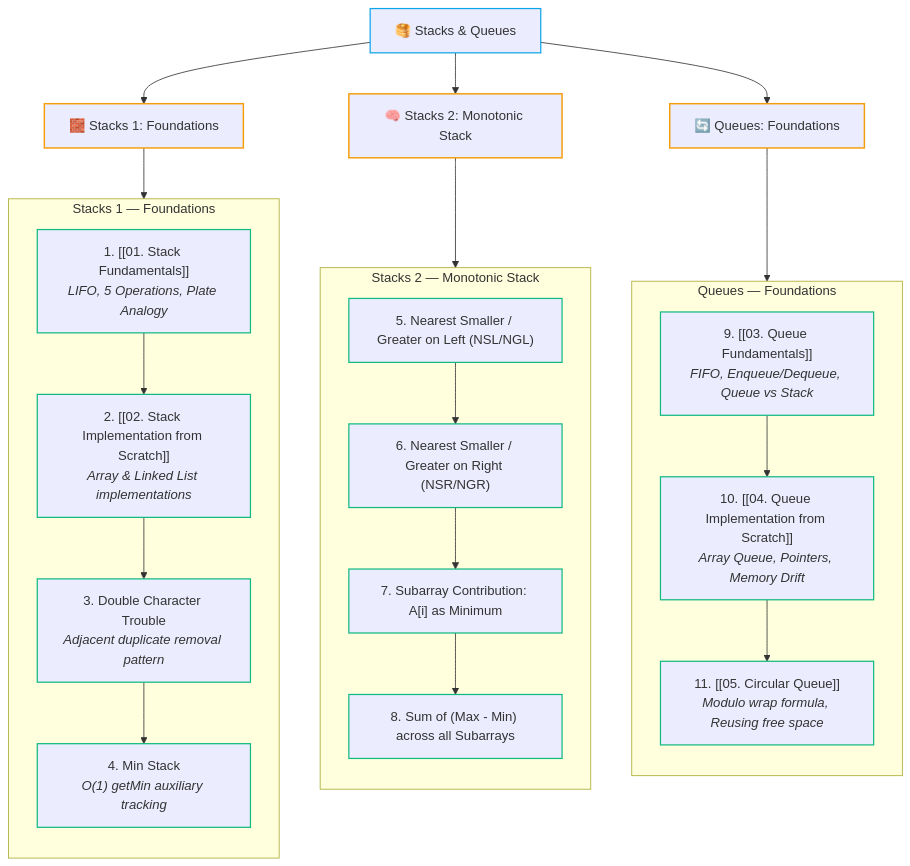
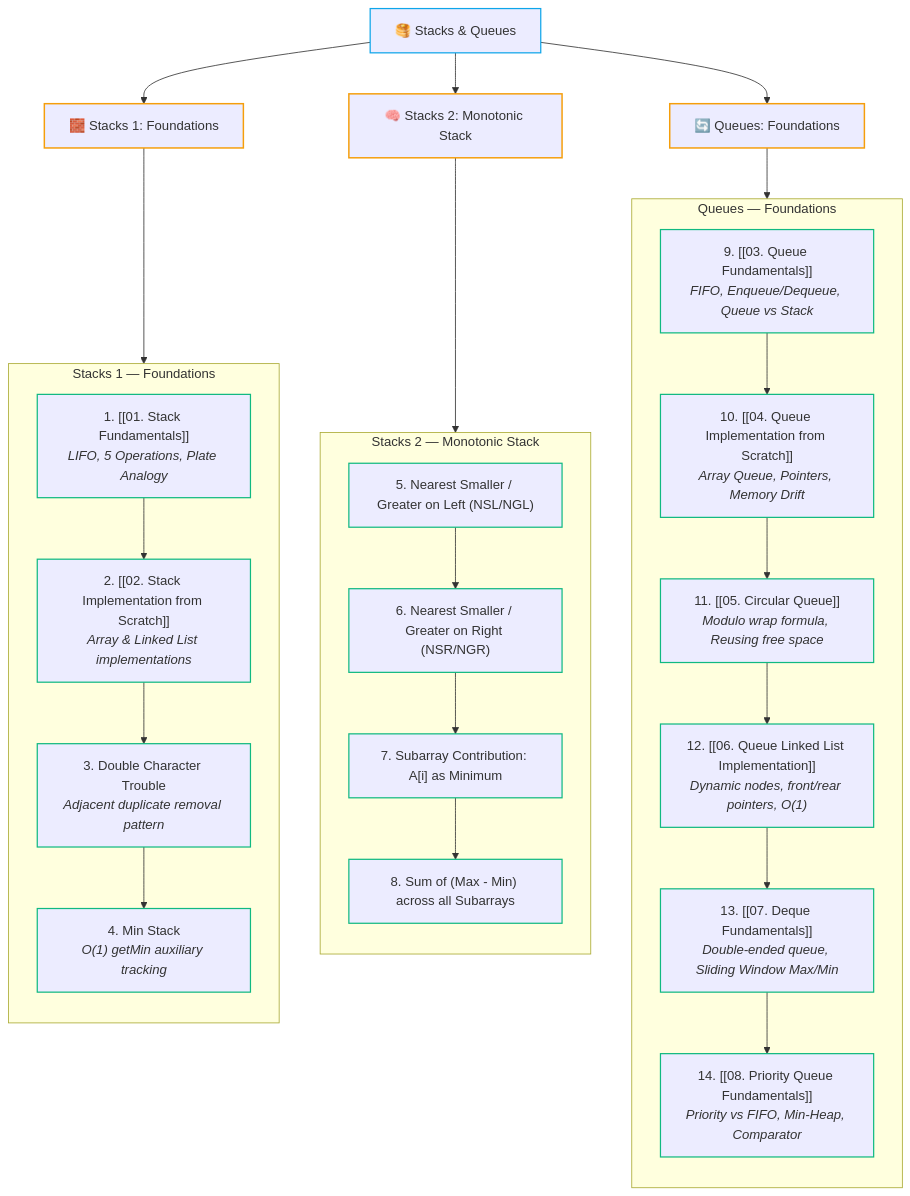
Before and after one commit to abhinavbharti2345/CS_Notes: the diagram in CS/DSA/06. Stacks & Queues/00. Stacks & Queues Core.md, drawn with Mermaid. The commit also changed other lines of this file and 4 other files, not shown here.

Commit message:
feat: add stack and queue core notes and queue fundamentals to vault

````diff
--- a/CS/DSA/06. Stacks & Queues/00. Stacks & Queues Core.md
+++ b/CS/DSA/06. Stacks & Queues/00. Stacks & Queues Core.md
@@ -23,43 +23,46 @@
 ```mermaid
 flowchart TD
     SQ["🥞 Stacks & Queues"] --> S1["🧱 Stacks 1: Foundations"]
     SQ --> S2["🧠 Stacks 2: Monotonic Stack"]
     SQ --> Q1["🔄 Queues: Foundations"]
 
     subgraph S1_Flow ["Stacks 1 — Foundations"]
         direction TB
         F1["1. [[01. Stack Fundamentals]]<br/><i>LIFO, 5 Operations, Plate Analogy</i>"]
         F2["2. [[02. Stack Implementation from Scratch]]<br/><i>Array & Linked List implementations</i>"]
         F3["3. Double Character Trouble<br/><i>Adjacent duplicate removal pattern</i>"]
         F4["4. Min Stack<br/><i>O(1) getMin auxiliary tracking</i>"]
         F1 --> F2 --> F3 --> F4
     end
 
     subgraph S2_Flow ["Stacks 2 — Monotonic Stack"]
         direction TB
         M1["5. Nearest Smaller / Greater on Left (NSL/NGL)"]
         M2["6. Nearest Smaller / Greater on Right (NSR/NGR)"]
         M3["7. Subarray Contribution: A[i] as Minimum"]
         M4["8. Sum of (Max - Min) across all Subarrays"]
         M1 --> M2 --> M3 --> M4
     end
 
     subgraph Q1_Flow ["Queues — Foundations"]
         direction TB
         QF1["9. [[03. Queue Fundamentals]]<br/><i>FIFO, Enqueue/Dequeue, Queue vs Stack</i>"]
         QF2["10. [[04. Queue Implementation from Scratch]]<br/><i>Array Queue, Pointers, Memory Drift</i>"]
         QF3["11. [[05. Circular Queue]]<br/><i>Modulo wrap formula, Reusing free space</i>"]
-        QF1 --> QF2 --> QF3
+        QF4["12. [[06. Queue Linked List Implementation]]<br/><i>Dynamic nodes, front/rear pointers, O(1)</i>"]
+        QF5["13. [[07. Deque Fundamentals]]<br/><i>Double-ended queue, Sliding Window Max/Min</i>"]
+        QF6["14. [[08. Priority Queue Fundamentals]]<br/><i>Priority vs FIFO, Min-Heap, Comparator</i>"]
+        QF1 --> QF2 --> QF3 --> QF4 --> QF5 --> QF6
     end
 
     S1 --> S1_Flow
     S2 --> S2_Flow
     Q1 --> Q1_Flow
 
     classDef core stroke:#0ea5e9,stroke-width:1.5px;
     classDef section stroke:#f59e0b,stroke-width:1.8px;
     classDef step stroke:#10b981,stroke-width:1.5px;
     class SQ core;
     class S1,S2,Q1 section;
-    class F1,F2,F3,F4,M1,M2,M3,M4,QF1,QF2,QF3 step;
+    class F1,F2,F3,F4,M1,M2,M3,M4,QF1,QF2,QF3,QF4,QF5,QF6 step;
 ```
````
